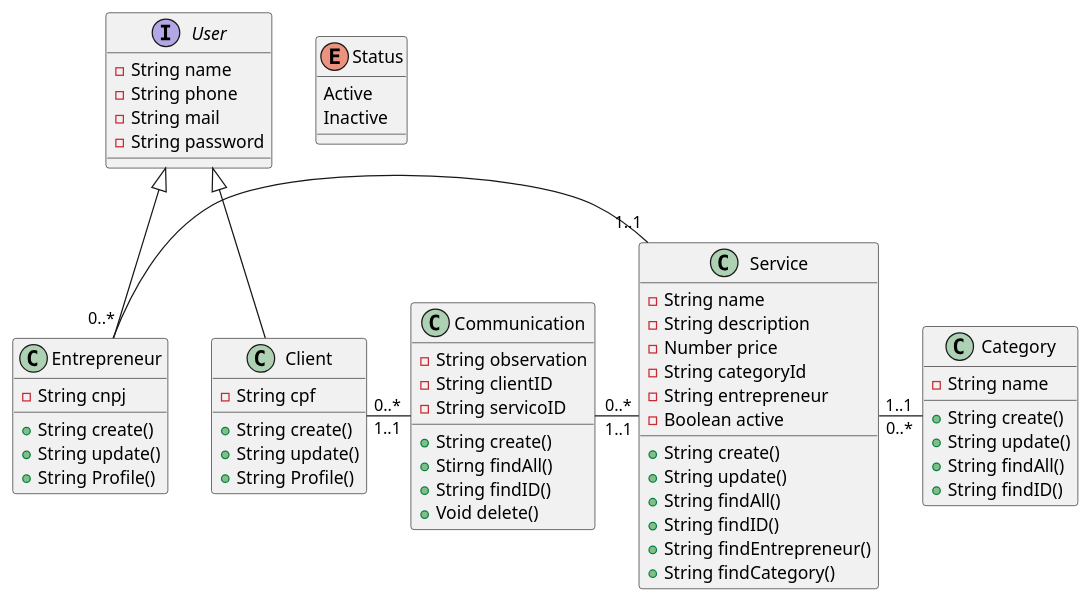
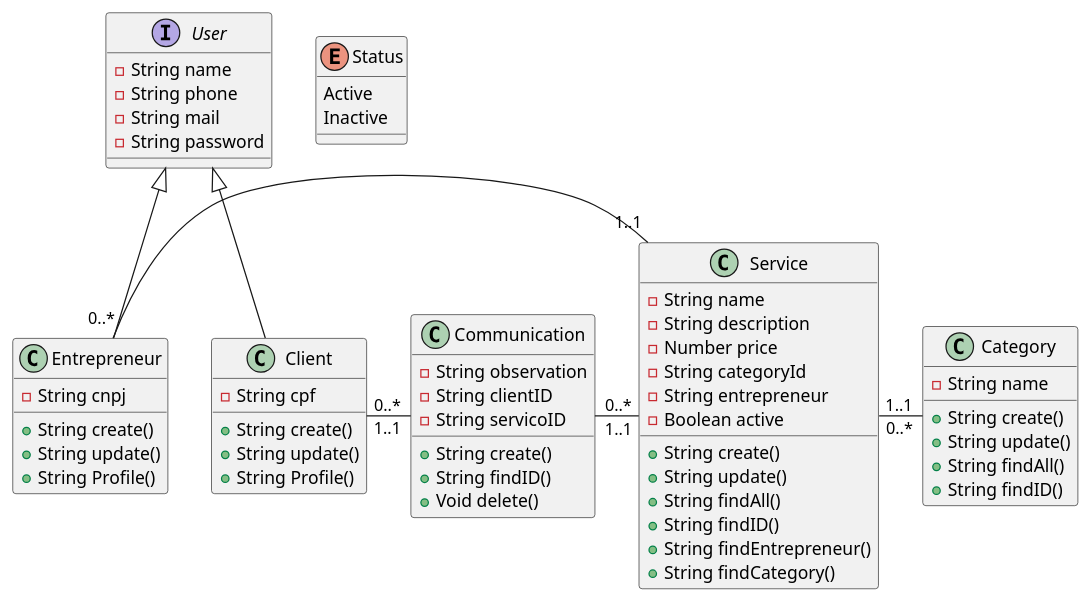
The diagram in diagram-API-SERVICE/src/Diagram-Class/class.puml (LeonardoCamilo10/API-SERVICE-BACK-END), drawn with PlantUML before and after one commit. The commit also changed 2 other files, not shown here.

Commit message:
feat: add route find id and delete for communication

```diff
--- a/diagram-API-SERVICE/src/Diagram-Class/class.puml
+++ b/diagram-API-SERVICE/src/Diagram-Class/class.puml
@@ -1,72 +1,71 @@
 @startuml DiagramClass
     interface User {
       -String name
       -String phone
       -String mail
       -String password
     }
 
     class Entrepreneur extends User {
       -String cnpj
       +String create()
       +String update()
       +String Profile()
 
     }
 
     class Client extends User {
       -String cpf
       +String create()
       +String update()
       +String Profile()
     }
 
     class Service {
       -String name
       -String description
       -Number price
       -String categoryId
       -String entrepreneur
       -Boolean active
 
       +String create()
       +String update()
       +String findAll()
       +String findID()
       +String findEntrepreneur()
       +String findCategory()      
     }
 
     Entrepreneur "0..*" - "1..1" Service
 
     enum Status{
       Active
       Inactive
     }
 
     class Category {
       -String name
 
       +String create()
       +String update()
       +String findAll()
       +String findID()
     }
 
     Service "1..1" - "0..*" Category
 
     class Communication{
       -String observation 
       -String clientID
       -String servicoID
 
       +String create()
-      +Stirng findAll()
       +String findID()
       +Void delete()
     }
 
     Client "0..*" - "1..1" Communication
     Communication "0..*" - "1..1" Service
     
 @enduml
```
